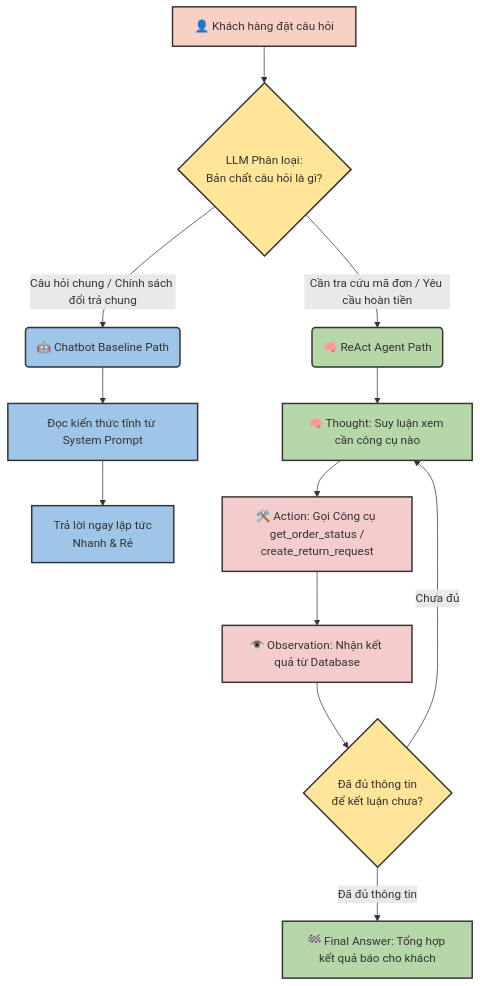
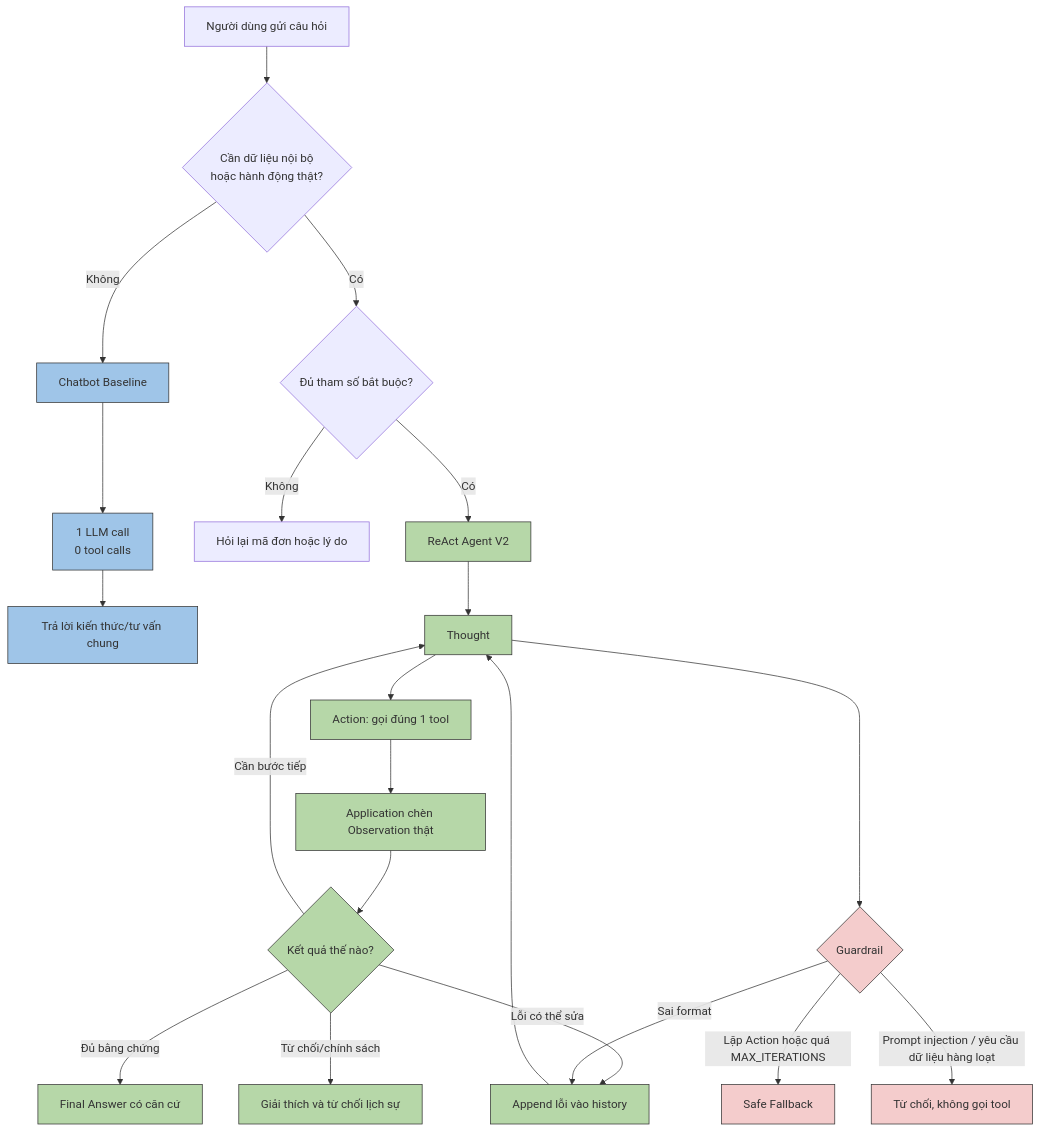
One commit to thanhnamle2k4/DAY03_2A202601397_LeThanhNam changed the diagram in docs/hybrid_flowchart.mermaid. Above: the diagram before and after it, drawn with Mermaid. The commit also changed 8 other files, not shown here.

Commit message:
Hoan thien Lab 03: ReAct Agent V2 va bao cao

```diff
--- a/docs/hybrid_flowchart.mermaid
+++ b/docs/hybrid_flowchart.mermaid
@@ -1,23 +1,33 @@
-graph TD
-    %% Định nghĩa các class màu sắc cho sinh động
-    classDef userReq fill:#f9d0c4,stroke:#333,stroke-width:2px;
-    classDef router fill:#ffe599,stroke:#333,stroke-width:2px;
-    classDef chatbot fill:#9fc5e8,stroke:#333,stroke-width:2px;
-    classDef react fill:#b6d7a8,stroke:#333,stroke-width:2px;
-    classDef tool fill:#f4cccc,stroke:#333,stroke-width:2px;
+flowchart TD
+    U[Người dùng gửi câu hỏi] --> R{Cần dữ liệu nội bộ<br/>hoặc hành động thật?}
 
-    User[👤 Khách hàng đặt câu hỏi]:::userReq --> Router{LLM Phân loại: <br/>Bản chất câu hỏi là gì?}:::router
-    
-    %% --- NHÁNH CHATBOT BASELINE ---
-    Router -->|Câu hỏi chung / Chính sách đổi trả chung| Chatbot(🤖 Chatbot Baseline Path):::chatbot
-    Chatbot --> CB_Process[Đọc kiến thức tĩnh từ System Prompt]:::chatbot
-    CB_Process --> CB_Answer[Trả lời ngay lập tức <br/> Nhanh & Rẻ]:::chatbot
+    R -->|Không| C[Chatbot Baseline]
+    C --> C1[1 LLM call<br/>0 tool calls]
+    C1 --> CA[Trả lời kiến thức/tư vấn chung]
 
-    %% --- NHÁNH REACT AGENT ---
-    Router -->|Cần tra cứu mã đơn / Yêu cầu hoàn tiền| Agent(🧠 ReAct Agent Path):::react
-    Agent --> Thought[🧠 Thought: Suy luận xem cần công cụ nào]:::react
-    Thought --> Action[🛠️ Action: Gọi Công cụ <br/> get_order_status / create_return_request]:::tool
-    Action --> Observation[👁️ Observation: Nhận kết quả từ Database]:::tool
-    Observation --> Eval{Đã đủ thông tin <br/> để kết luận chưa?}:::router
-    Eval -->|Chưa đủ| Thought
-    Eval -->|Đã đủ thông tin| Final[🏁 Final Answer: Tổng hợp kết quả báo cho khách]:::react
+    R -->|Có| S{Đủ tham số bắt buộc?}
+    S -->|Không| ASK[Hỏi lại mã đơn hoặc lý do]
+    S -->|Có| A[ReAct Agent V2]
+
+    A --> T[Thought]
+    T --> X[Action: gọi đúng 1 tool]
+    X --> O[Application chèn Observation thật]
+    O --> E{Kết quả thế nào?}
+
+    E -->|Đủ bằng chứng| F[Final Answer có căn cứ]
+    E -->|Cần bước tiếp| T
+    E -->|Lỗi có thể sửa| REC[Append lỗi vào history]
+    REC --> T
+    E -->|Từ chối/chính sách| REF[Giải thích và từ chối lịch sự]
+
+    T --> G{Guardrail}
+    G -->|Sai format| REC
+    G -->|Lặp Action hoặc quá MAX_ITERATIONS| SF[Safe Fallback]
+    G -->|Prompt injection / yêu cầu dữ liệu hàng loạt| PRIV[Từ chối, không gọi tool]
+
+    classDef chatbot fill:#9fc5e8,stroke:#333,stroke-width:1px
+    classDef agent fill:#b6d7a8,stroke:#333,stroke-width:1px
+    classDef guard fill:#f4cccc,stroke:#333,stroke-width:1px
+    class C,C1,CA chatbot
+    class A,T,X,O,E,F,REC,REF agent
+    class G,SF,PRIV guard
```
